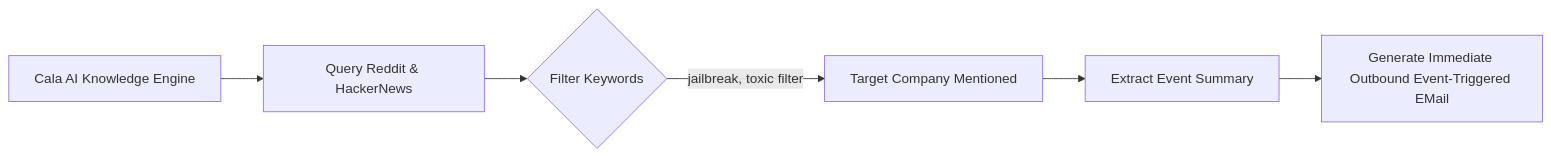
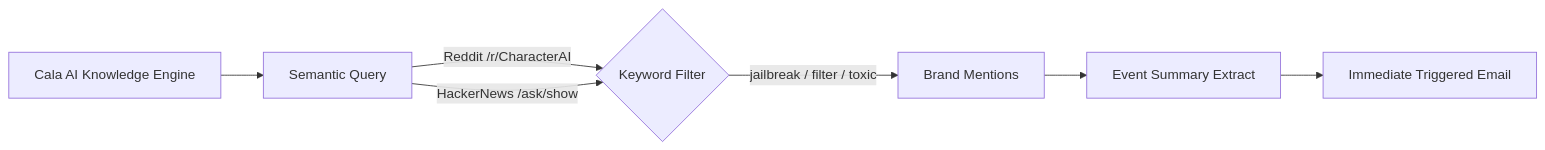
One commit to frankterpo/mermaidchart_prezi changed the sixth of 7 diagrams in presentation/white_circle_prezi.md. Above: the diagram before and after it, drawn with Mermaid. The commit also changed other lines of this file, not shown here.

````diff
--- a/presentation/white_circle_prezi.md
+++ b/presentation/white_circle_prezi.md
@@ -288,8 +268,9 @@
 ```mermaid
 flowchart LR
-    A[Cala AI Knowledge Engine] --> B[Query Reddit & HackerNews]
-    B --> C{Filter Keywords}
-    C -->|jailbreak, toxic filter| D[Target Company Mentioned]
-    D --> E[Extract Event Summary]
-    E --> F[Generate Immediate Outbound Event-Triggered EMail]
+    A[Cala AI Knowledge Engine] --> B[Semantic Query]
+    B -->|Reddit /r/CharacterAI| C{Keyword Filter}
+    B -->|HackerNews /ask/show| C
+    C -->|jailbreak / filter / toxic| D[Brand Mentions]
+    D --> E[Event Summary Extract]
+    E --> F[Immediate Triggered Email]
 ```
````
